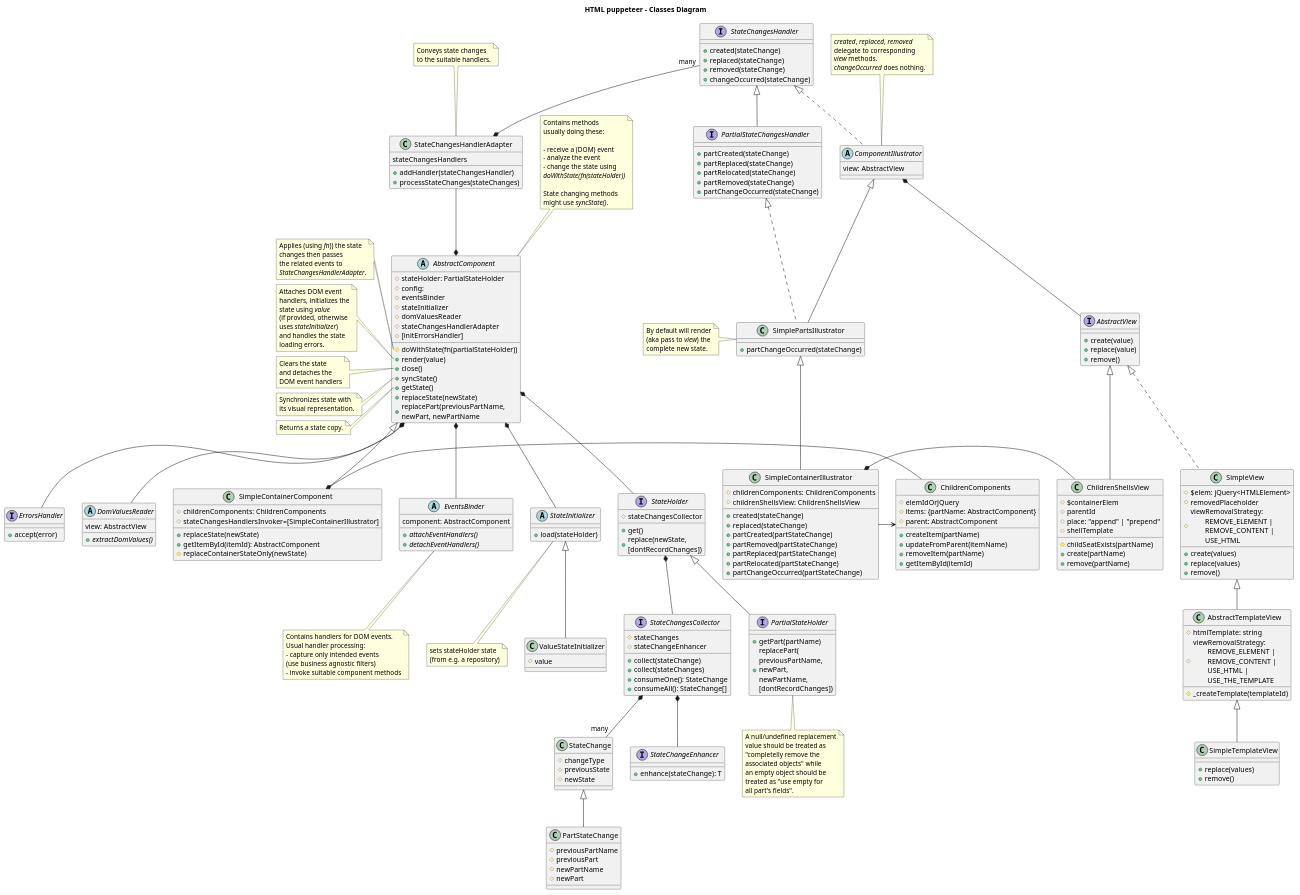
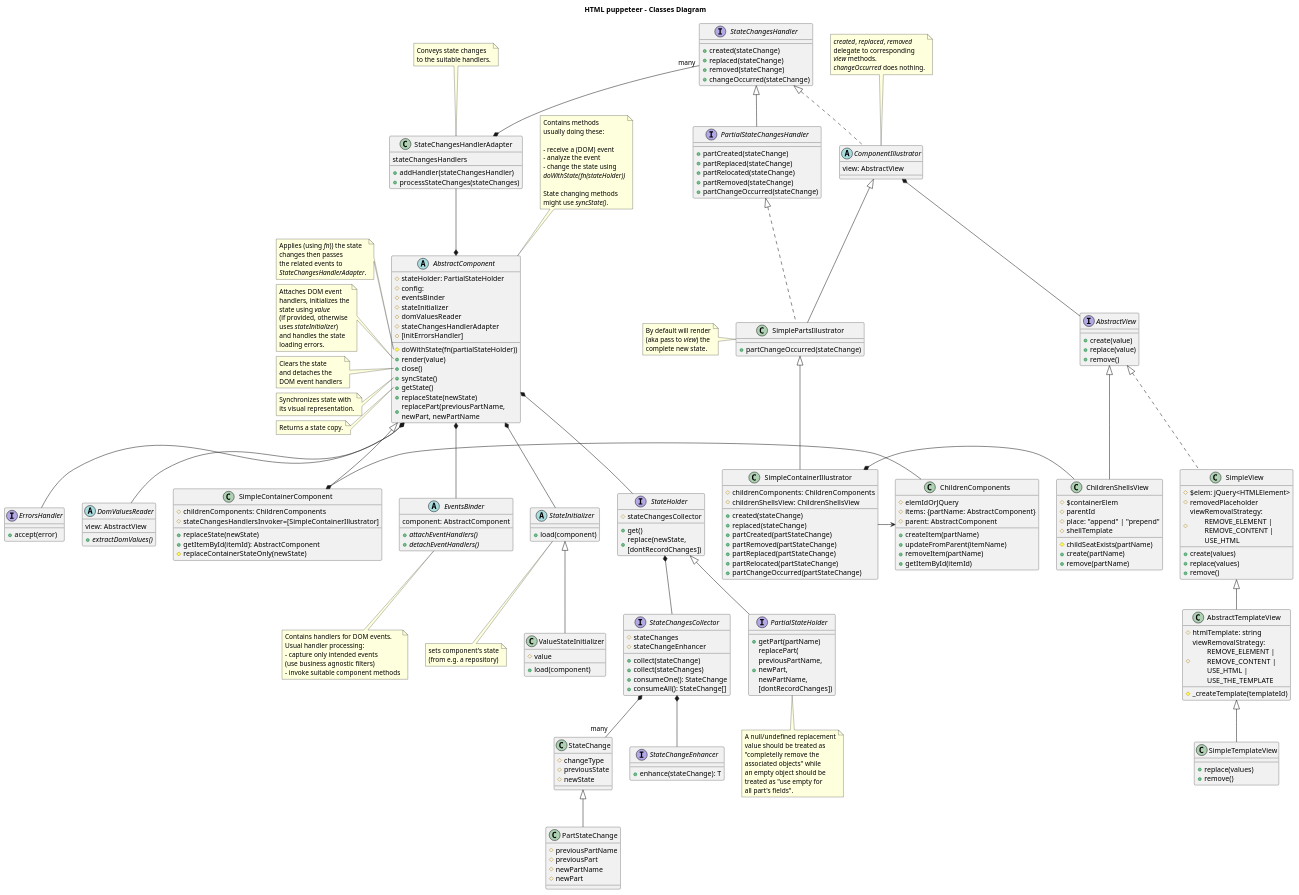
Before and after one commit to adrhc/html-puppeteer: the diagram in design/classes-diagram.puml, drawn with PlantUML. The commit also changed 1 other file, not shown here.

Commit message:
classes-diagram.puml

```diff
--- a/design/classes-diagram.puml
+++ b/design/classes-diagram.puml
@@ -144,16 +144,17 @@
 end note
 
 abstract StateInitializer {
-+load(stateHolder)
++load(component)
 }
 
 note bottom of StateInitializer
-sets stateHolder state
+sets component's state
 (from e.g. a repository)
 end note
 
 class ValueStateInitializer extends StateInitializer {
 #value
++load(component)
 }
 
 class StateChange {
```
